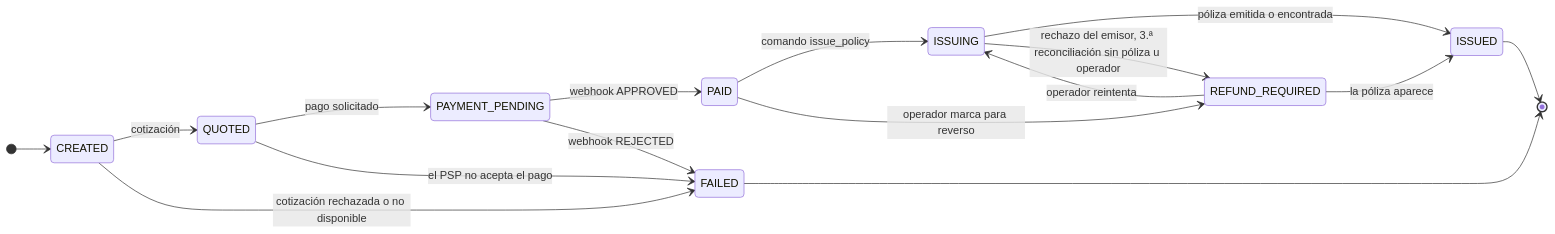
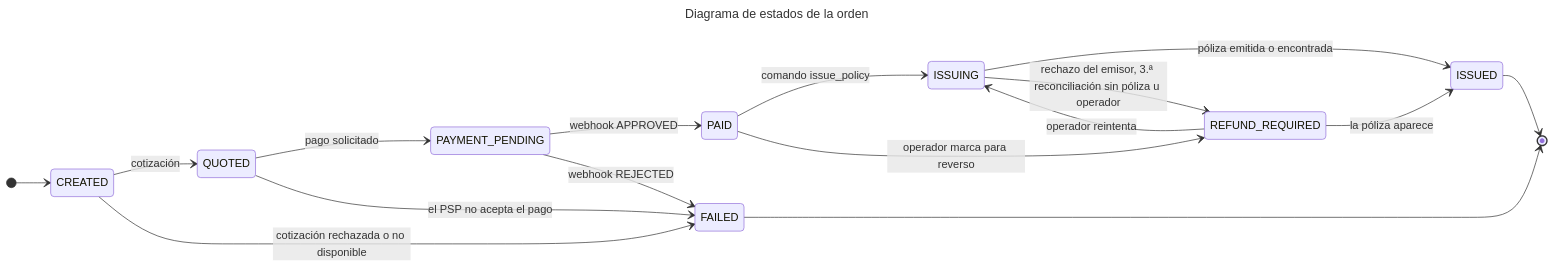
Before and after one commit to paopadp123/assessment-lider-tecnico: the second of 2 diagrams in README.md, drawn with Mermaid. The commit also changed other lines of this file, not shown here.

Commit message:
docs(readme): pone el título dentro de los diagramas para que se vea en pantalla completa

````diff
--- a/README.md
+++ b/README.md
@@ -89,19 +92,22 @@
 ```mermaid
+---
+title: Diagrama de estados de la orden
+---
 stateDiagram-v2
     direction LR
     [*] --> CREATED
     CREATED --> QUOTED: cotización
     QUOTED --> PAYMENT_PENDING: pago solicitado
     PAYMENT_PENDING --> PAID: webhook APPROVED
     PAID --> ISSUING: comando issue_policy
     ISSUING --> ISSUED: póliza emitida o encontrada
     CREATED --> FAILED: cotización rechazada o no disponible
     QUOTED --> FAILED: el PSP no acepta el pago
     PAYMENT_PENDING --> FAILED: webhook REJECTED
     PAID --> REFUND_REQUIRED: operador marca para reverso
     ISSUING --> REFUND_REQUIRED: rechazo del emisor, 3.ª reconciliación sin póliza u operador
     REFUND_REQUIRED --> ISSUING: operador reintenta
     REFUND_REQUIRED --> ISSUED: la póliza aparece
     ISSUED --> [*]
     FAILED --> [*]
 ```
````
